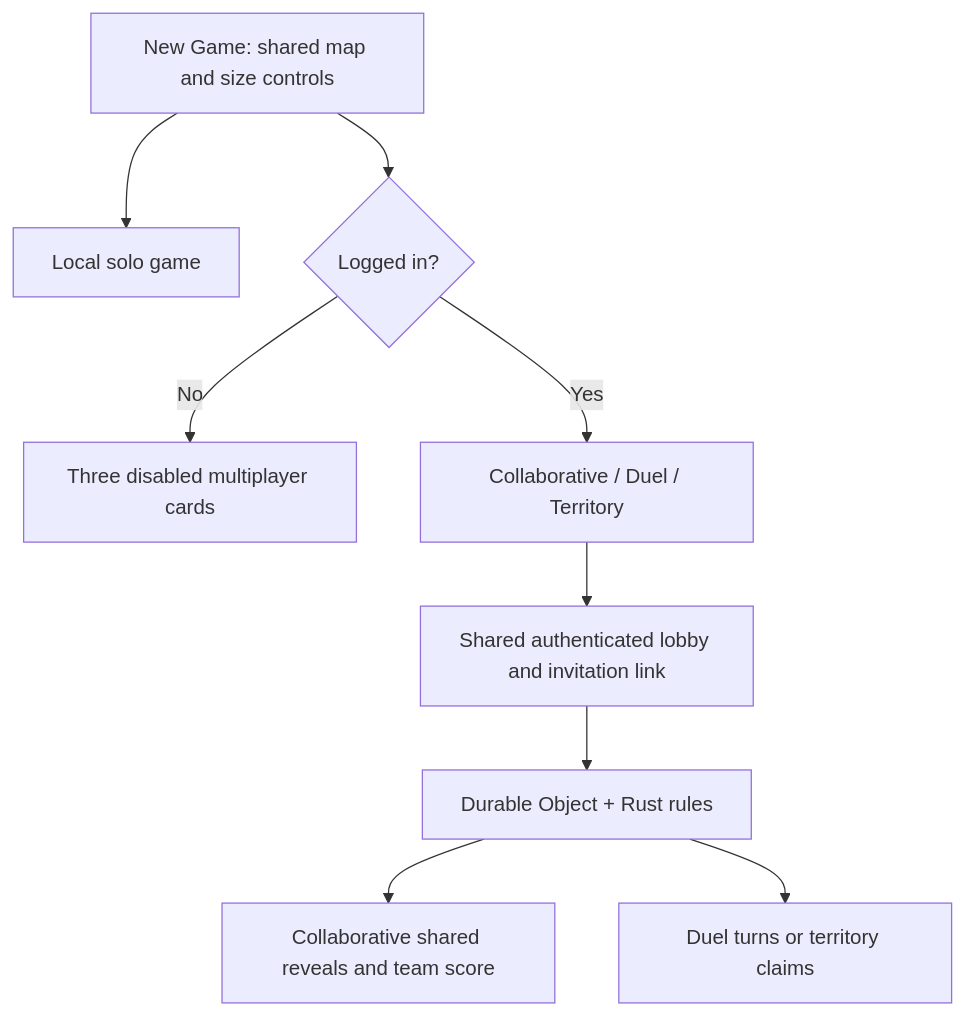
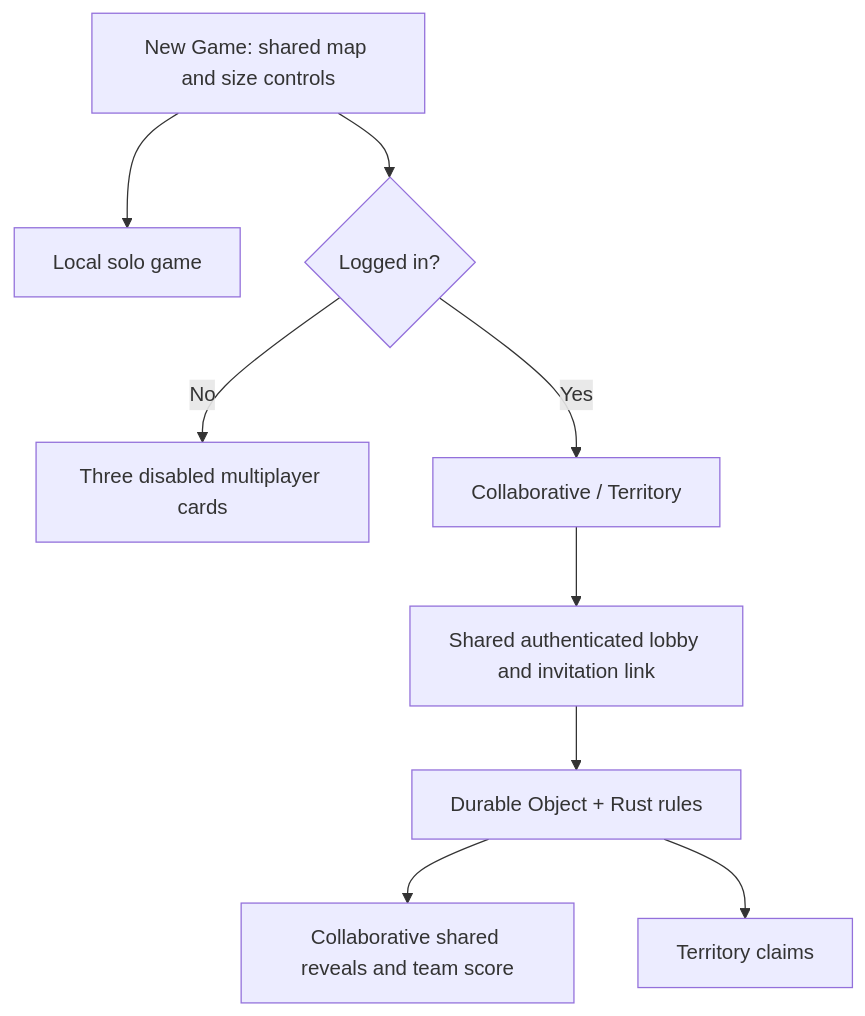
One commit to kuncat/avoidant changed the tenth of 10 diagrams in docs/multiplayer-plan.md. Above: the diagram before and after it, drawn with Mermaid. The commit also changed other lines of this file and 11 other files, not shown here.

Commit message:
Remove Duel mode in favor of configurable Territory games

````diff
--- a/docs/multiplayer-plan.md
+++ b/docs/multiplayer-plan.md
@@ -346,11 +340,11 @@
 ```mermaid
 flowchart TD
   Menu[New Game: shared map and size controls] --> Solo[Local solo game]
   Menu --> Login{Logged in?}
   Login -->|No| Disabled[Three disabled multiplayer cards]
-  Login -->|Yes| Modes[Collaborative / Duel / Territory]
+  Login -->|Yes| Modes[Collaborative / Territory]
   Modes --> Lobby[Shared authenticated lobby and invitation link]
   Lobby --> Authority[Durable Object + Rust rules]
   Authority --> Shared[Collaborative shared reveals and team score]
-  Authority --> Competitive[Duel turns or territory claims]
+  Authority --> Competitive[Territory claims]
 ```
````
